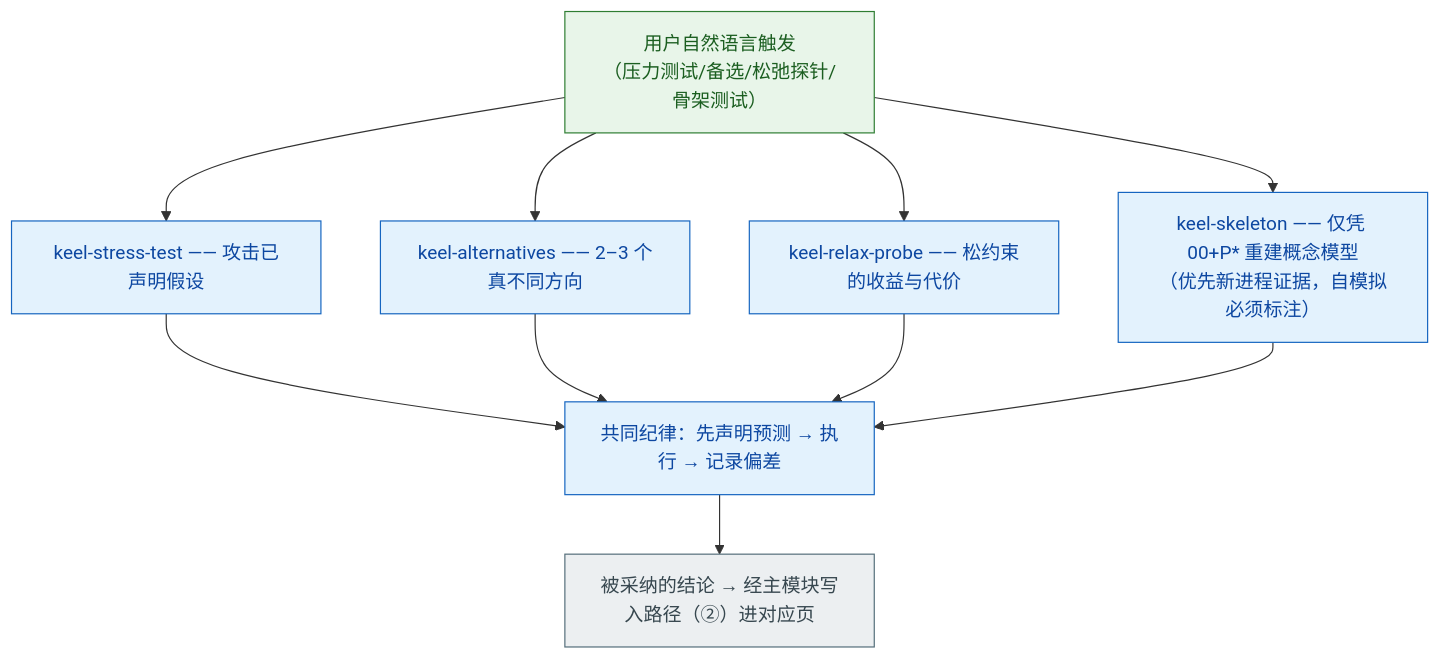
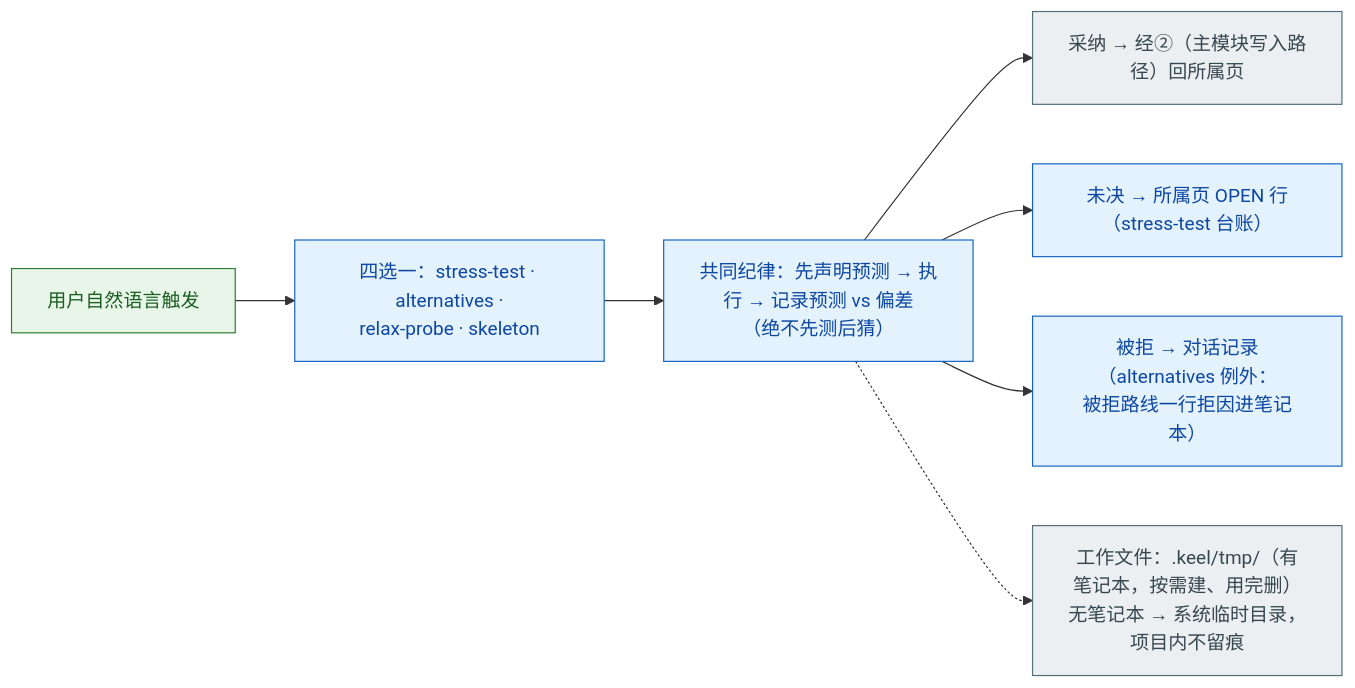
The eighth of 13 diagrams in docs/MENTAL-MODEL.md (maxi3777/Keel), drawn with Mermaid before and after one commit. The commit also changed other lines of this file and 8 other files, not shown here.

Commit message:
Iteration sub-skills: OPEN parking for unresolved stress-test findings, trigger de-overlap (relax-probe), notebook terminology, .keel/tmp scratch dir; MENTAL-MODEL sub-skill diagrams

````diff
--- a/docs/MENTAL-MODEL.md
+++ b/docs/MENTAL-MODEL.md
@@ -233,15 +235,16 @@
 ```mermaid
-flowchart TD
-    ASK["用户自然语言触发<br/>（压力测试/备选/松弛探针/骨架测试）"]:::human
-    ST["keel-stress-test —— 攻击已声明假设"]:::ai
-    ALT["keel-alternatives —— 2–3 个真不同方向"]:::ai
-    RELAX["keel-relax-probe —— 松约束的收益与代价"]:::ai
-    SKEL["keel-skeleton —— 仅凭 00+P* 重建概念模型<br/>（优先新进程证据，自模拟必须标注）"]:::ai
-    PRED["共同纪律：先声明预测 → 执行 → 记录偏差"]:::ai
-    BACK["被采纳的结论 → 经主模块写入路径（②）进对应页"]:::mech
-
-    ASK --> ST & ALT & RELAX & SKEL --> PRED --> BACK
+flowchart LR
+    ASK["用户自然语言触发"]:::human
+    ONE["四选一：stress-test · alternatives ·<br/>relax-probe · skeleton"]:::ai
+    PRED["共同纪律：先声明预测 → 执行 → 记录预测 vs 偏差<br/>（绝不先测后猜）"]:::ai
+    OUTA["采纳 → 经②（主模块写入路径）回所属页"]:::mech
+    OUTB["未决 → 所属页 OPEN 行（stress-test 台账）"]:::ai
+    OUTC["被拒 → 对话记录（alternatives 例外：<br/>被拒路线一行拒因进笔记本）"]:::ai
+    TMP["工作文件：.keel/tmp/（有笔记本，按需建、用完删）<br/>无笔记本 → 系统临时目录，项目内不留痕"]:::mech
+    ASK --> ONE --> PRED
+    PRED --> OUTA & OUTB & OUTC
+    PRED -.-> TMP
     classDef human fill:#e8f5e9,stroke:#2e7d32,color:#1b5e20
     classDef ai fill:#e3f2fd,stroke:#1565c0,color:#0d47a1
     classDef mech fill:#eceff1,stroke:#546e7a,color:#37474f
 ```
````
